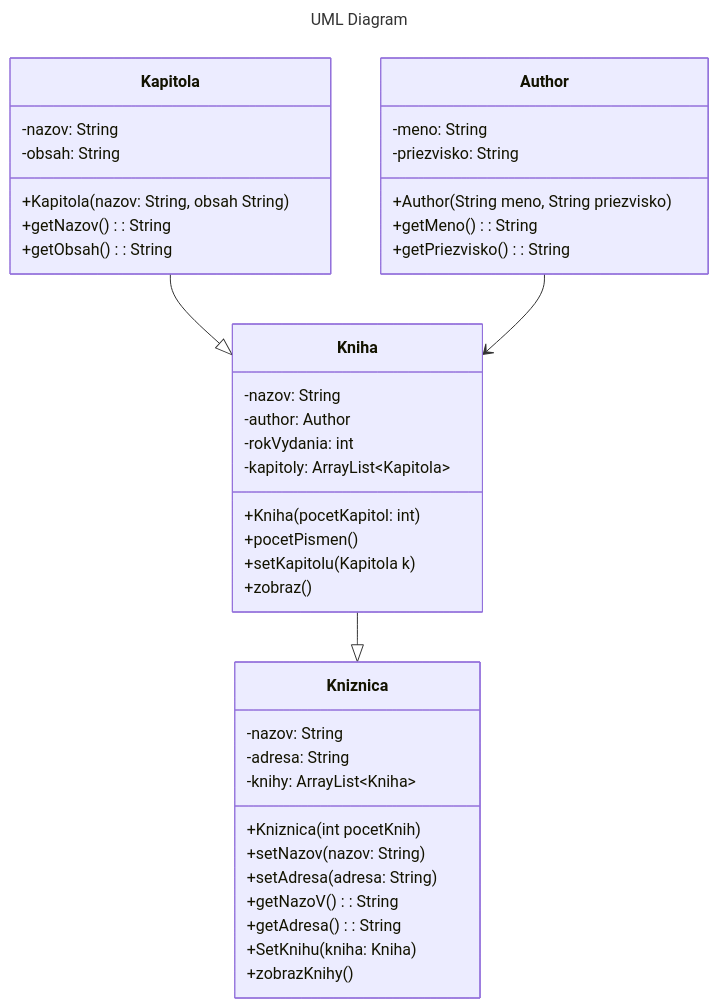
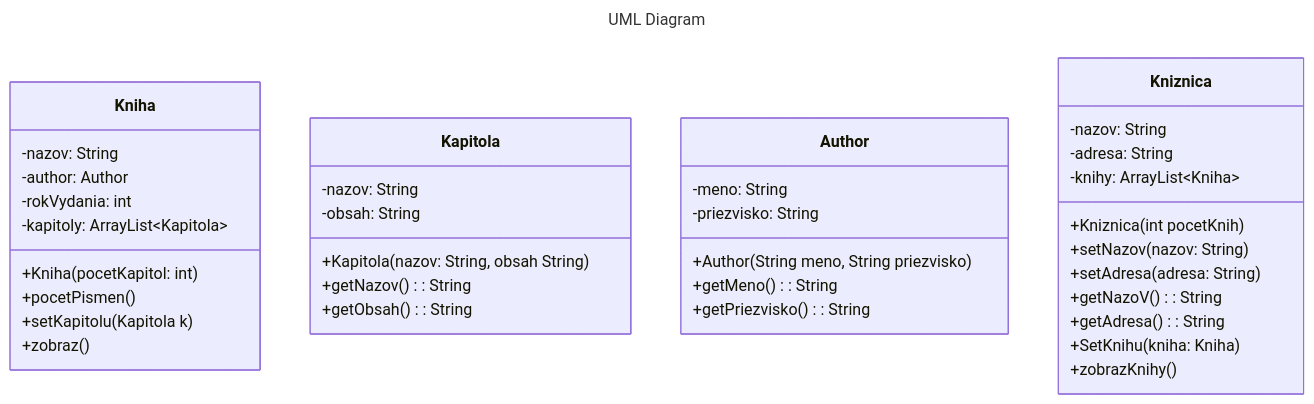
One commit to SScorp1on/UMB-Prg2 changed the diagram in ulohy/src/uloha2/Kniha.md. Above: the diagram before and after it, drawn with Mermaid. The commit also changed 4 other files, not shown here.

````diff
--- a/ulohy/src/uloha2/Kniha.md
+++ b/ulohy/src/uloha2/Kniha.md
@@ -13,45 +13,43 @@
 ```mermaid
 ---
 title: UML Diagram
 ---
 classDiagram
     class Kniha{
         -nazov: String
         -author: Author
         -rokVydania: int
         -kapitoly: ArrayList~Kapitola~
         +Kniha(pocetKapitol: int)
         +pocetPismen()
         +setKapitolu(Kapitola k)
         +zobraz()
     }
     class Kapitola{
         -nazov: String
         -obsah: String
         +Kapitola(nazov: String, obsah String)
         +getNazov(): String
         +getObsah(): String
     }
     class Author{
         -meno: String
         -priezvisko: String
         +Author(String meno, String priezvisko)
         +getMeno(): String
         +getPriezvisko(): String
     }
     class Kniznica{
         -nazov: String
         -adresa: String
         -knihy: ArrayList~Kniha~
         +Kniznica(int pocetKnih)
         +setNazov(nazov: String)
         +setAdresa(adresa: String)
         +getNazoV(): String
         +getAdresa(): String
         +SetKnihu(kniha: Kniha)
         +zobrazKnihy()
     }
-    Kapitola --|> Kniha
-    Author --> Kniha
-    Kniha --|> Kniznica
+   
 ```
````
